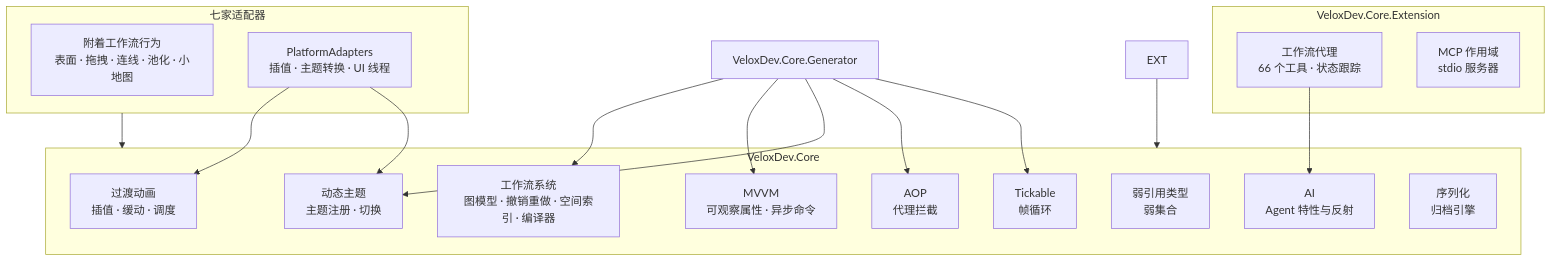
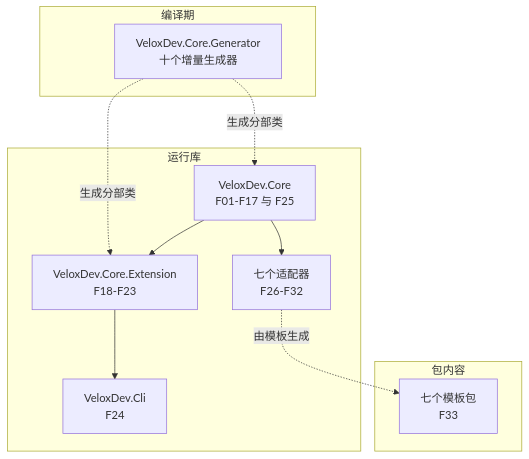
One commit to Axvser/VeloxDev.Docs changed the diagram in src/CloudGlyph/Assets/Docs/content/zh/3_SE分析/01_功能结构/index.md. Above: the diagram before and after it, drawn with Mermaid. The commit also changed other lines of this file and 1502 other files, not shown here.

````diff
--- a/src/CloudGlyph/Assets/Docs/content/zh/3_SE分析/01_功能结构/index.md
+++ b/src/CloudGlyph/Assets/Docs/content/zh/3_SE分析/01_功能结构/index.md
@@ -22,32 +7,22 @@
 ```mermaid
-flowchart TD
-    subgraph Core[VeloxDev.Core]
-        WF[工作流系统<br/>图模型 · 撤销重做 · 空间索引 · 编译器]
-        MV[MVVM<br/>可观察属性 · 异步命令]
-        TR[过渡动画<br/>插值 · 缓动 · 调度]
-        TH[动态主题<br/>主题注册 · 切换]
-        AOP[AOP<br/>代理拦截]
-        MB[Tickable<br/>帧循环]
-        WT[弱引用类型<br/>弱集合]
-        AI[AI<br/>Agent 特性与反射]
-        SER[序列化<br/>归档引擎]
+flowchart TB
+    subgraph Time["编译期"]
+        Gen["VeloxDev.Core.Generator<br/>十个增量生成器"]
     end
-    subgraph Ext[VeloxDev.Core.Extension]
-        AGT[工作流代理<br/>66 个工具 · 状态跟踪]
-        MCP[MCP 作用域<br/>stdio 服务器]
+    subgraph Runtime["运行库"]
+        Core["VeloxDev.Core<br/>F01-F17 与 F25"]
+        Ext["VeloxDev.Core.Extension<br/>F18-F23"]
+        Adapters["七个适配器<br/>F26-F32"]
+        Cli["VeloxDev.Cli<br/>F24"]
     end
-    subgraph Adapters[七家适配器]
-        AB[附着工作流行为<br/>表面 · 拖拽 · 连线 · 池化 · 小地图]
-        PA[PlatformAdapters<br/>插值 · 主题转换 · UI 线程]
+    subgraph Content["包内容"]
+        Tpl["七个模板包<br/>F33"]
     end
-    GEN[VeloxDev.Core.Generator] --> WF
-    GEN --> MV
-    GEN --> TH
-    GEN --> AOP
-    GEN --> MB
-    EXT --> Core
-    AGT --> AI
-    Adapters --> Core
-    PA --> TR
-    PA --> TH
+
+    Gen -.->|生成分部类| Core
+    Gen -.->|生成分部类| Ext
+    Core --> Ext
+    Core --> Adapters
+    Ext --> Cli
+    Adapters -.->|由模板生成| Tpl
 ```
````
